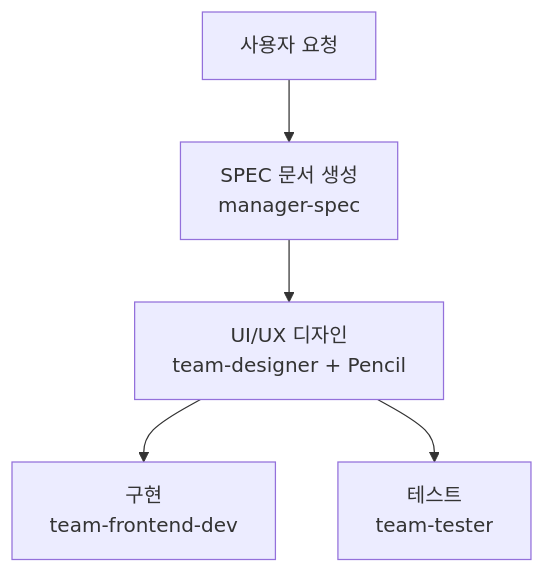
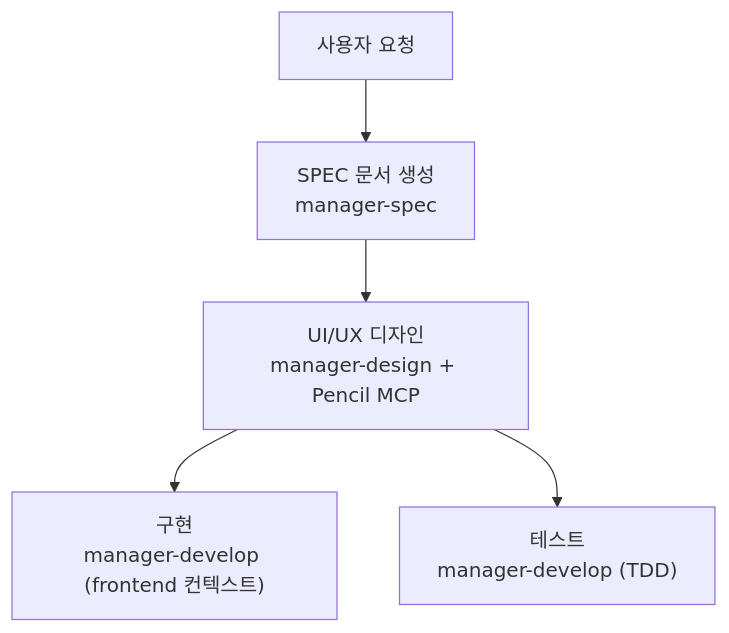
The fourth of 4 diagrams in docs-site/content/ko/advanced/pencil-guide.md (modu-ai/moai-adk), drawn with Mermaid before and after one commit. The commit also changed other lines of this file and 395 other files, not shown here.

````diff
--- a/docs-site/content/ko/advanced/pencil-guide.md
+++ b/docs-site/content/ko/advanced/pencil-guide.md
@@ -694,7 +659,7 @@
 ```mermaid
 flowchart TD
     REQ["사용자 요청"] --> SPEC["SPEC 문서 생성<br>manager-spec"]
-    SPEC --> DESIGN["UI/UX 디자인<br>team-designer + Pencil"]
-    DESIGN --> DEV["구현<br>team-frontend-dev"]
-    DESIGN --> TEST["테스트<br>team-tester"]
+    SPEC --> DESIGN["UI/UX 디자인<br>manager-design + Pencil MCP"]
+    DESIGN --> DEV["구현<br>manager-develop (frontend 컨텍스트)"]
+    DESIGN --> TEST["테스트<br>manager-develop (TDD)"]
 ```
````
